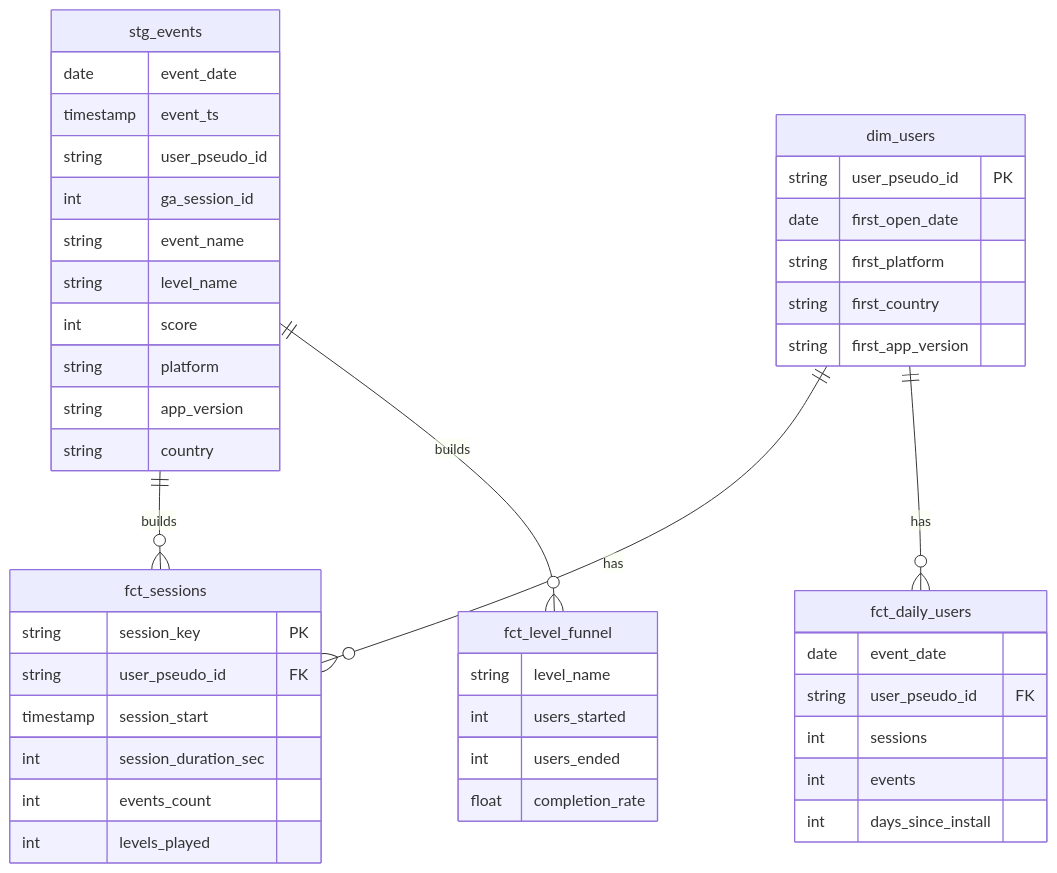
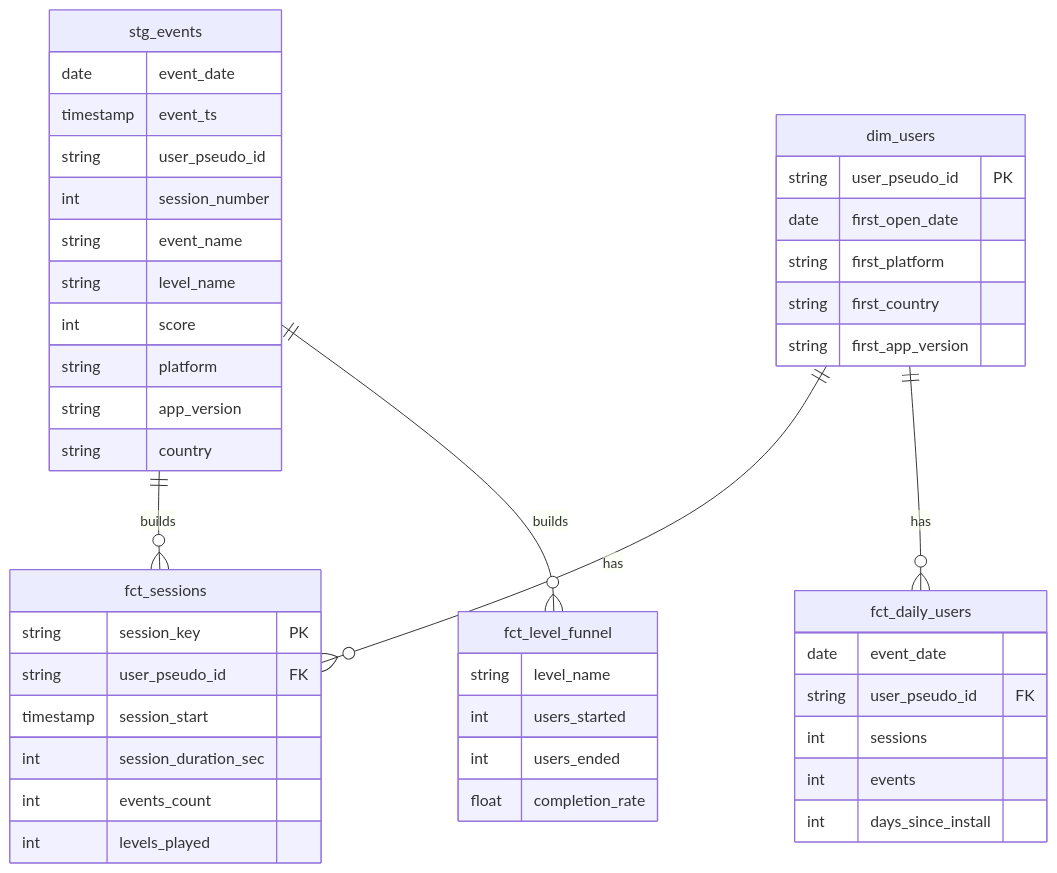
One commit to agungbudiwirawan/firebase-product-analytics changed the second of 2 diagrams in README.md. Above: the diagram before and after it, drawn with Mermaid. The commit also changed other lines of this file, not shown here.

````diff
--- a/README.md
+++ b/README.md
@@ -162,47 +162,47 @@
 ```mermaid
 erDiagram
     stg_events {
         date event_date
         timestamp event_ts
         string user_pseudo_id
-        int ga_session_id
+        int session_number
         string event_name
         string level_name
         int score
         string platform
         string app_version
         string country
     }
     dim_users {
         string user_pseudo_id PK
         date first_open_date
         string first_platform
         string first_country
         string first_app_version
     }
     fct_sessions {
         string session_key PK
         string user_pseudo_id FK
         timestamp session_start
         int session_duration_sec
         int events_count
         int levels_played
     }
     fct_daily_users {
         date event_date
         string user_pseudo_id FK
         int sessions
         int events
         int days_since_install
     }
     fct_level_funnel {
         string level_name
         int users_started
         int users_ended
         float completion_rate
     }
     dim_users ||--o{ fct_sessions : has
     dim_users ||--o{ fct_daily_users : has
     stg_events ||--o{ fct_sessions : builds
     stg_events ||--o{ fct_level_funnel : builds
 ```
````
